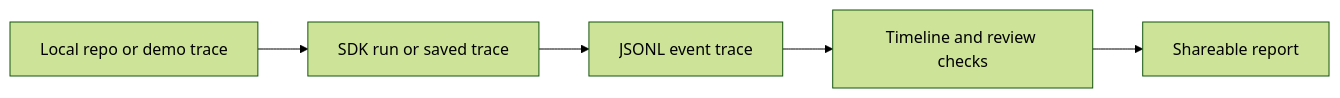
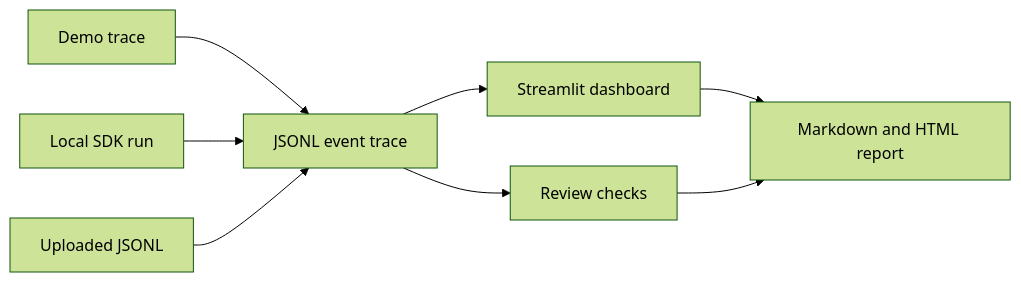
Before and after one commit to GwriPennar/cursor-sdk-flight-recorder: the second of 2 diagrams in README.md, drawn with Mermaid (forest theme). The commit also changed other lines of this file, not shown here.

````diff
--- a/README.md
+++ b/README.md
@@ -151,7 +64,10 @@
 ```mermaid
 flowchart LR
-    P[Local repo or demo trace] --> S[SDK run or saved trace]
-    S --> T[JSONL event trace]
-    T --> V[Timeline and review checks]
-    V --> R[Shareable report]
+    A[Demo trace] --> D[JSONL event trace]
+    B[Local SDK run] --> D
+    C[Uploaded JSONL] --> D
+    D --> E[Streamlit dashboard]
+    D --> F[Review checks]
+    E --> G[Markdown and HTML report]
+    F --> G
 ```
````
